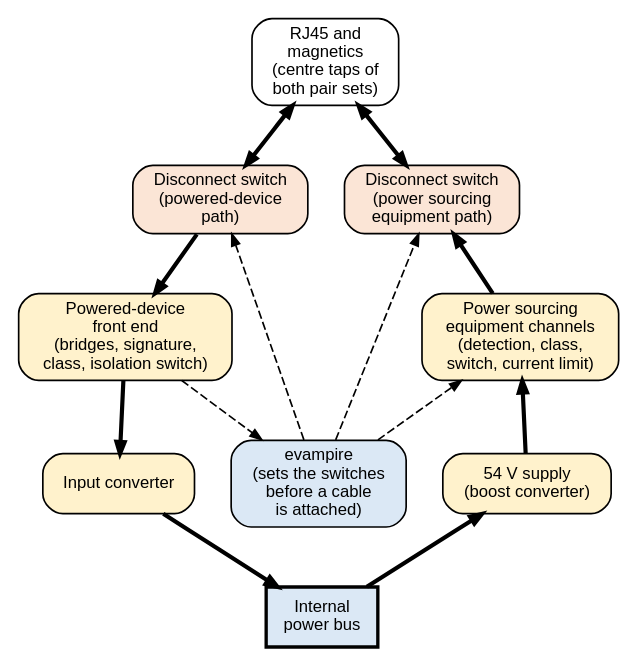
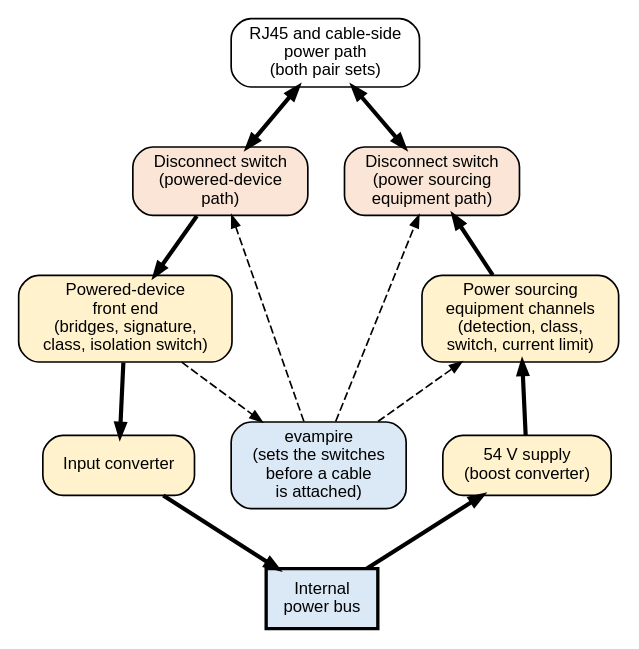
One commit to mithro/evampire changed the diagram in docs/power/poe/dual-role.dot. Above: the diagram before and after it, drawn with Graphviz. The commit also changed 1 other file, not shown here.

Commit message:
Show the Ethernet transceivers in the PoE system diagram
Data passes through the first-version transceivers, and the dual-role
port no longer assumes transformer centre taps.

```diff
--- a/docs/power/poe/dual-role.dot
+++ b/docs/power/poe/dual-role.dot
@@ -1,43 +1,43 @@
 // An Ethernet port that can take either Power over Ethernet role.
 // Bold arrows: power paths. Dashed arrows: control.
 //
 // SPDX-License-Identifier: Apache-2.0
 
 digraph dual_role {
     graph [rankdir=TB, fontname="Helvetica", fontsize=12, nodesep=0.3,
            ranksep=0.5, newrank=true];
     node  [shape=box, style="rounded,filled", fillcolor="#f2f2f2",
            fontname="Helvetica", fontsize=10];
     edge  [fontname="Helvetica", fontsize=9, arrowsize=0.7];
 
-    cable [label="RJ45 and\nmagnetics\n(centre taps of\nboth pair sets)", fillcolor="#ffffff"];
+    cable [label="RJ45 and cable-side\npower path\n(both pair sets)", fillcolor="#ffffff"];
 
     swpd  [label="Disconnect switch\n(powered-device\npath)", fillcolor="#fbe5d6"];
     swpse [label="Disconnect switch\n(power sourcing\nequipment path)", fillcolor="#fbe5d6"];
 
     pd    [label="Powered-device\nfront end\n(bridges, signature,\nclass, isolation switch)", fillcolor="#fff2cc"];
     pse   [label="Power sourcing\nequipment channels\n(detection, class,\nswitch, current limit)", fillcolor="#fff2cc"];
 
     conv  [label="Input converter", fillcolor="#fff2cc"];
     hv    [label="54 V supply\n(boost converter)", fillcolor="#fff2cc"];
     bus   [label="Internal\npower bus", style="filled,bold", fillcolor="#dbe8f5"];
     evp   [label="evampire\n(sets the switches\nbefore a cable\nis attached)", fillcolor="#dbe8f5"];
 
     { rank=same; swpd; swpse; }
     { rank=same; pd; pse; }
     { rank=same; conv; hv; evp; }
 
     cable -> swpd  [penwidth=2.5, dir=both];
     cable -> swpse [penwidth=2.5, dir=both];
     swpd  -> pd    [penwidth=2.5];
     pd    -> conv  [penwidth=2.5];
     conv  -> bus   [penwidth=2.5];
     swpse -> pse   [penwidth=2.5, dir=back];
     pse   -> hv    [penwidth=2.5, dir=back];
     hv    -> bus   [penwidth=2.5, dir=back];
 
     evp -> swpd  [style=dashed];
     evp -> swpse [style=dashed];
     evp -> pse   [style=dashed];
     pd  -> evp   [style=dashed];
 }
```
